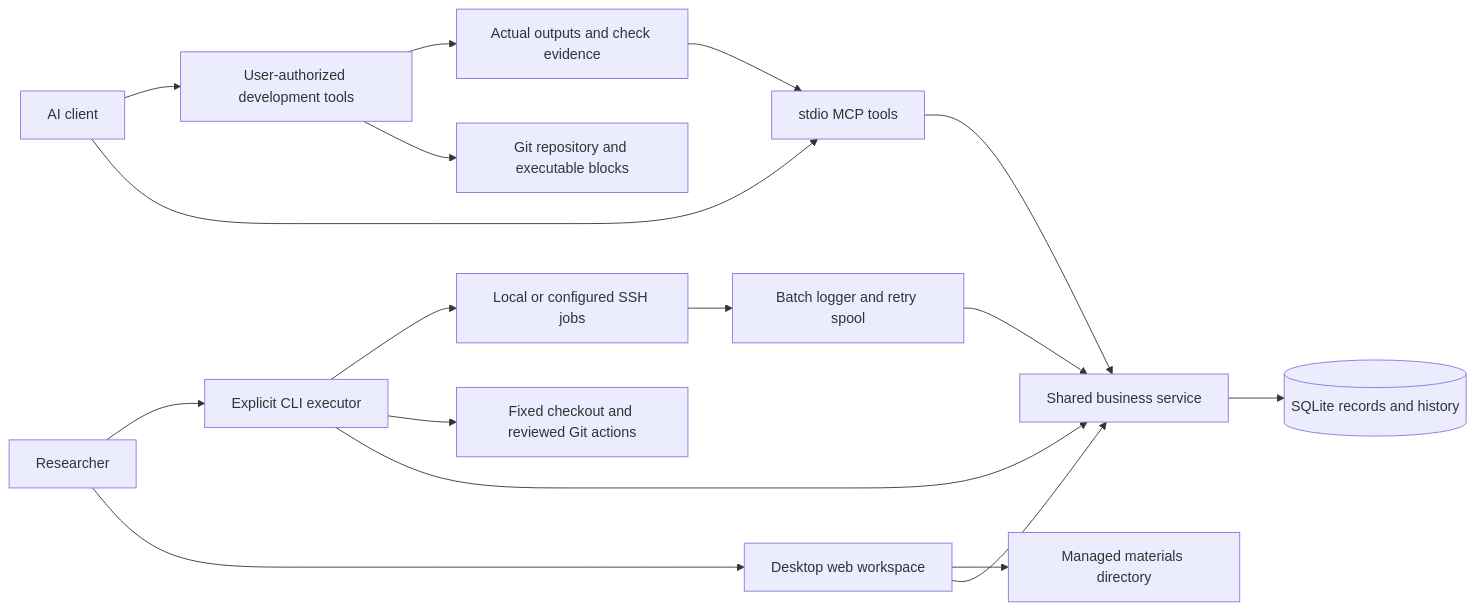
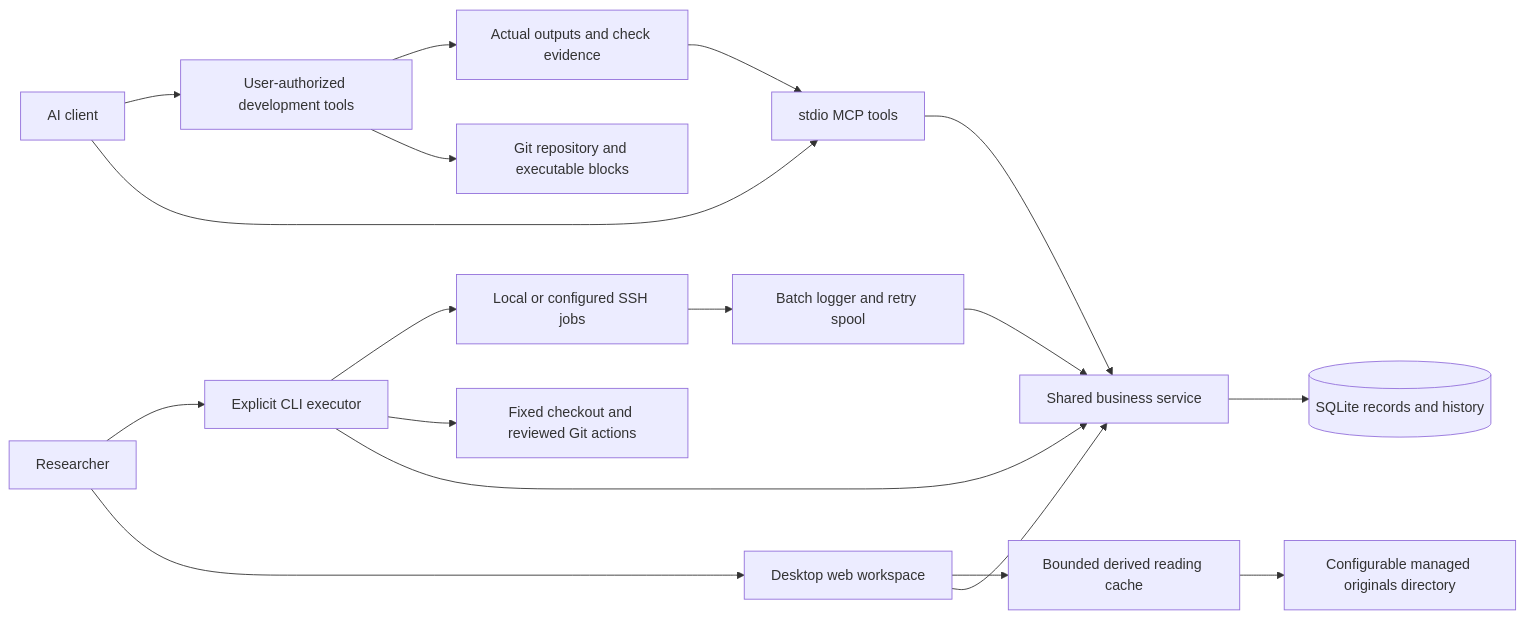
The diagram in docs/architecture.md (BorgDiven/research-workflow-studio), drawn with Mermaid before and after one commit. The commit also changed other lines of this file and 28 other files, not shown here.

Commit message:
Add bounded reading copies and configurable original storage

````diff
--- a/docs/architecture.md
+++ b/docs/architecture.md
@@ -3,19 +3,20 @@
 ```mermaid
 flowchart LR
   Human[Researcher] --> Web[Desktop web workspace]
   AI[AI client] --> MCP[stdio MCP tools]
   Web --> Store[Shared business service]
   MCP --> Store
   Store --> DB[(SQLite records and history)]
-  Web --> Materials[Managed materials directory]
+  Web --> Reading[Bounded derived reading cache]
+  Reading --> Materials[Configurable managed originals directory]
   AI --> Dev[User-authorized development tools]
   Dev --> Code[Git repository and executable blocks]
   Dev --> Results[Actual outputs and check evidence]
   Results --> MCP
   Human --> Runner[Explicit CLI executor]
   Runner --> Store
   Runner --> Git[Fixed checkout and reviewed Git actions]
   Runner --> Jobs[Local or configured SSH jobs]
   Jobs --> Metrics[Batch logger and retry spool]
   Metrics --> Store
 ```
````
